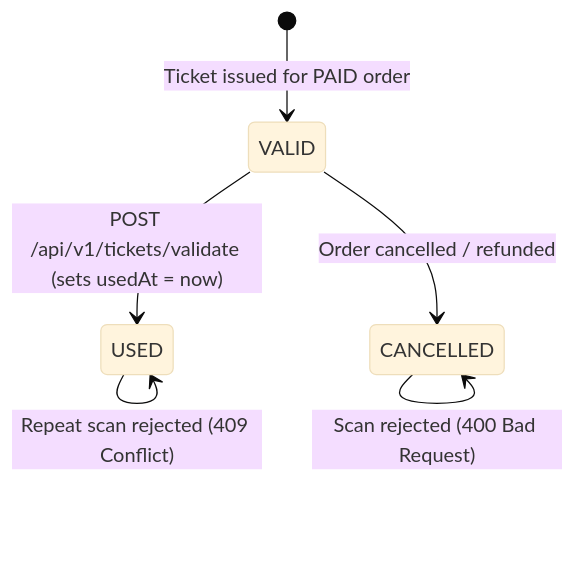
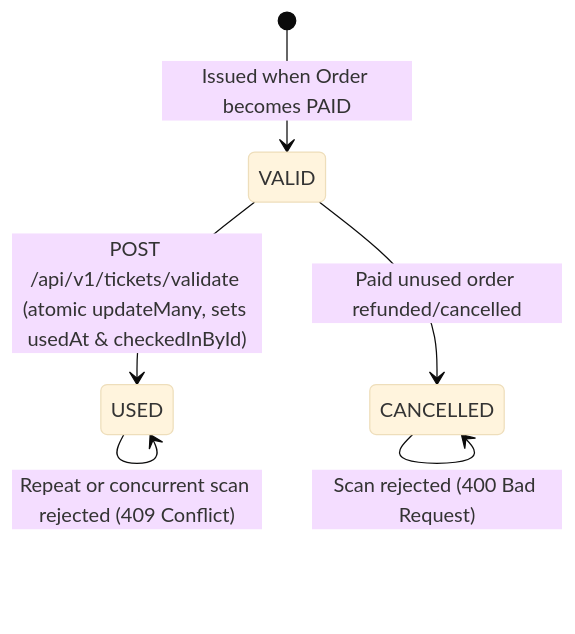
One commit to E-Ticket-Team/E-Ticket changed the sixth of 6 diagrams in docs/architecture.md. Above: the diagram before and after it, drawn with Mermaid (base theme). The commit also changed other lines of this file and 7 other files, not shown here.

````diff
--- a/docs/architecture.md
+++ b/docs/architecture.md
@@ -318,8 +309,8 @@
 ```mermaid
 stateDiagram-v2
-    [*] --> VALID : Ticket issued for PAID order
-    VALID --> USED : POST /api/v1/tickets/validate (sets usedAt = now)
-    VALID --> CANCELLED : Order cancelled / refunded
-    USED --> USED : Repeat scan rejected (409 Conflict)
+    [*] --> VALID : Issued when Order becomes PAID
+    VALID --> USED : POST /api/v1/tickets/validate (atomic updateMany, sets usedAt & checkedInById)
+    VALID --> CANCELLED : Paid unused order refunded/cancelled
+    USED --> USED : Repeat or concurrent scan rejected (409 Conflict)
     CANCELLED --> CANCELLED : Scan rejected (400 Bad Request)
 ```
````
